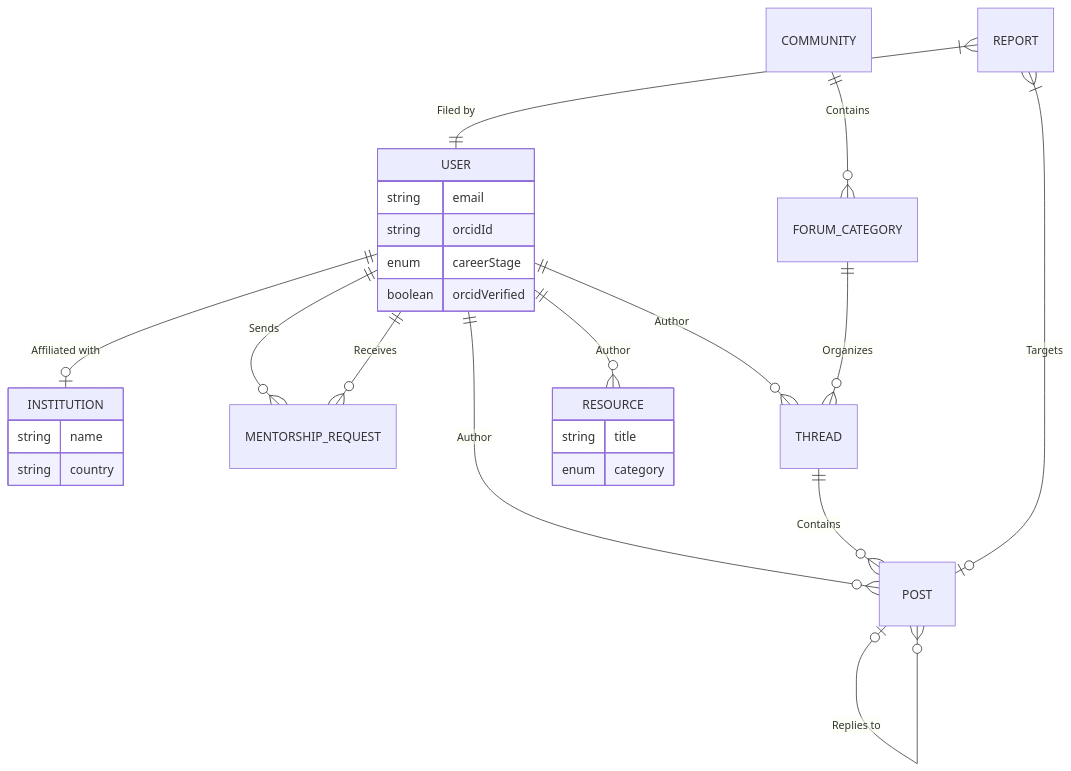
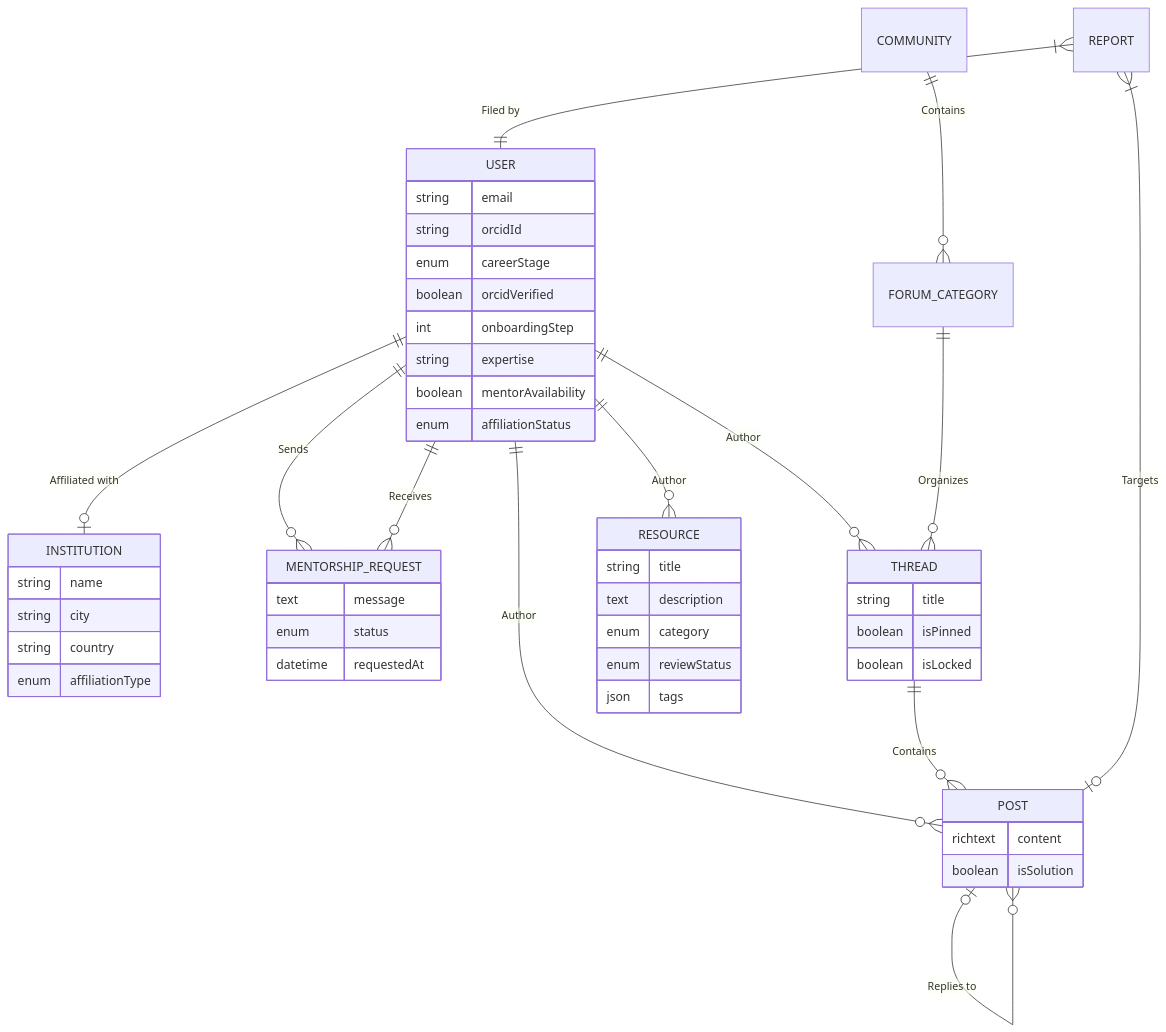
One commit to akvo/science-for-africa changed the first of 4 diagrams in docs/science-of-africa-lld.md. Above: the diagram before and after it, drawn with Mermaid. The commit also changed other lines of this file, not shown here.

Commit message:
[#2] docs: achieve 100% ERD and implementation parity in LLD

````diff
--- a/docs/science-of-africa-lld.md
+++ b/docs/science-of-africa-lld.md
@@ -55,35 +55,58 @@
 ```mermaid
 erDiagram
     %% Identity & Institutions
     USER ||--o| INSTITUTION : "Affiliated with"
     USER ||--o{ MENTORSHIP_REQUEST : "Sends"
     USER ||--o{ MENTORSHIP_REQUEST : "Receives"
     USER ||--o{ THREAD : "Author"
     USER ||--o{ POST : "Author"
     USER ||--o{ RESOURCE : "Author"
 
     %% Community & Forums
     COMMUNITY ||--o{ FORUM_CATEGORY : "Contains"
     FORUM_CATEGORY ||--o{ THREAD : "Organizes"
     THREAD ||--o{ POST : "Contains"
     POST |o--o{ POST : "Replies to"
 
     %% Moderation
     REPORT }|--|| USER : "Filed by"
     REPORT }|--o| POST : "Targets"
 
     USER {
         string email
         string orcidId
         enum careerStage
         boolean orcidVerified
+        int onboardingStep
+        string expertise
+        boolean mentorAvailability
+        enum affiliationStatus
     }
     INSTITUTION {
         string name
+        string city
         string country
+        enum affiliationType
     }
     RESOURCE {
         string title
+        text description
         enum category
+        enum reviewStatus
+        json tags
+    }
+    MENTORSHIP_REQUEST {
+        text message
+        enum status
+        datetime requestedAt
+    }
+    THREAD {
+        string title
+        boolean isPinned
+        boolean isLocked
+    }
+    POST {
+        richtext content
+        boolean isSolution
     }
 ```
````
